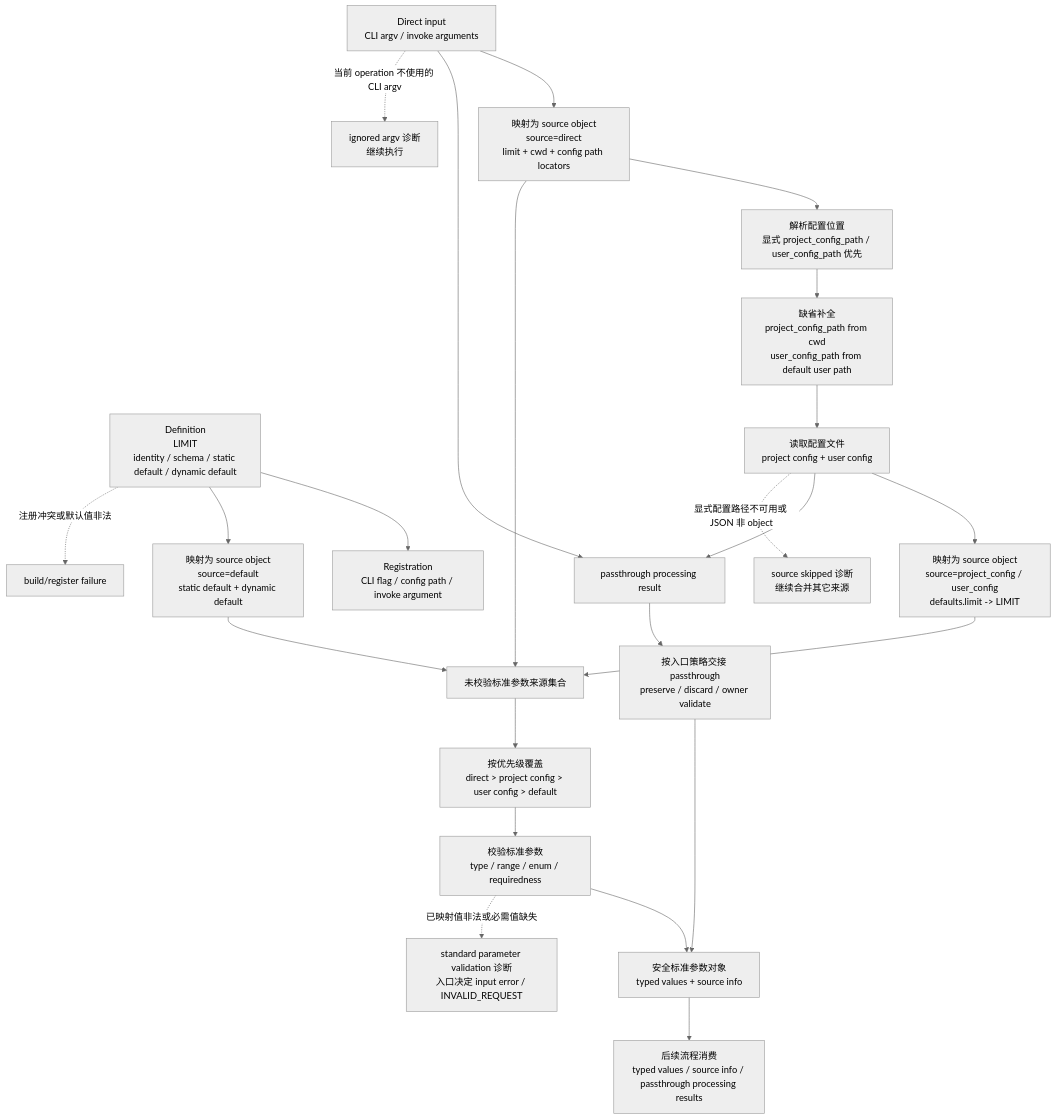
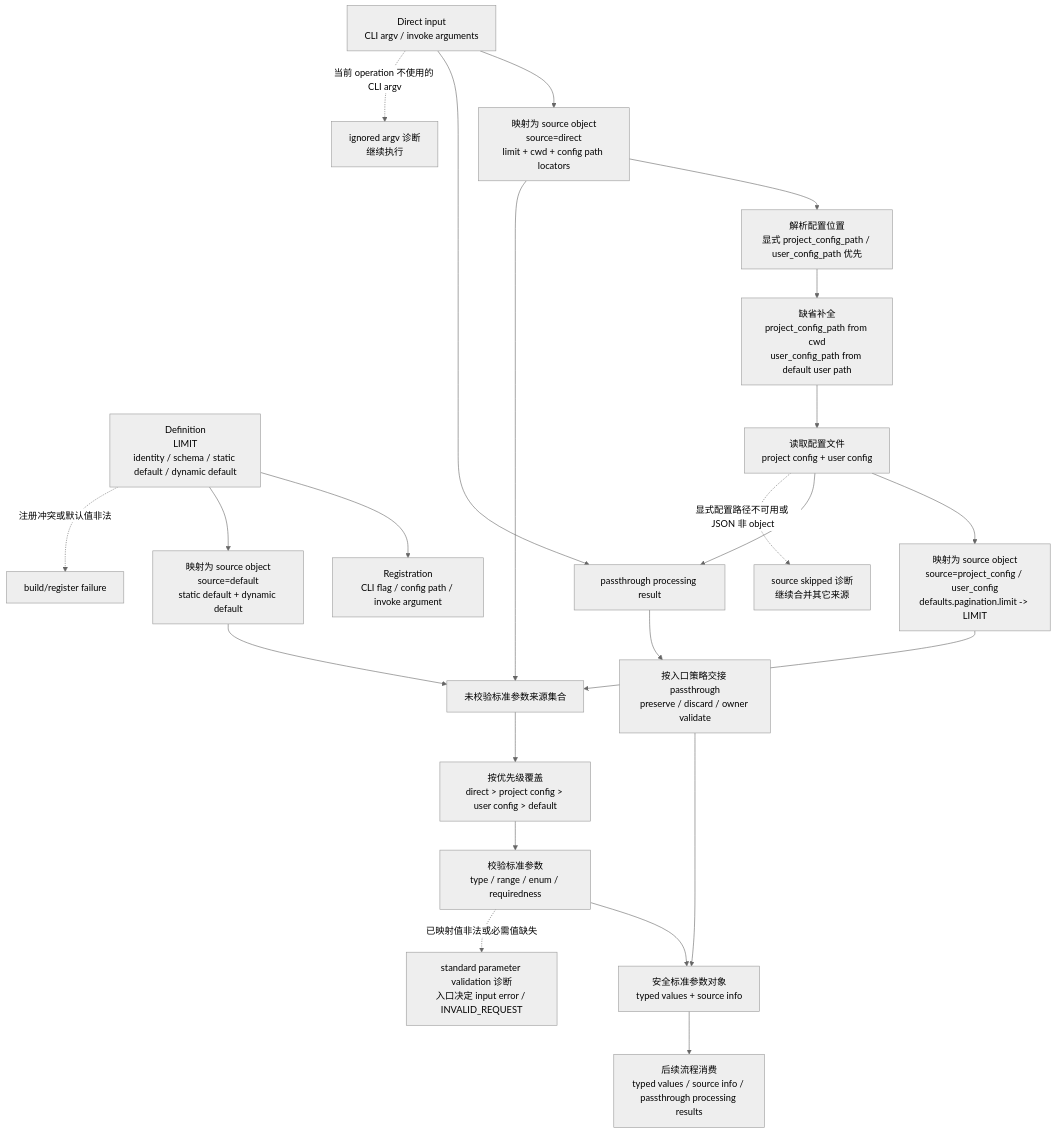
Before and after one commit to zxyycom/docnav: the diagram in docs/standard-parameters.md, drawn with Mermaid (neutral theme). The commit also changed other lines of this file and 43 other files, not shown here.

````diff
--- a/docs/standard-parameters.md
+++ b/docs/standard-parameters.md
@@ -34,31 +36,31 @@
 ```mermaid
 flowchart TD
   A["Definition<br/>LIMIT<br/>identity / schema / static default / dynamic default"] --> B["Registration<br/>CLI flag / config path / invoke argument"]
 
   C["Direct input<br/>CLI argv / invoke arguments"] --> D["映射为 source object<br/>source=direct<br/>limit + cwd + config path locators"]
   D --> E["解析配置位置<br/>显式 project_config_path / user_config_path 优先"]
   E --> F["缺省补全<br/>project_config_path from cwd<br/>user_config_path from default user path"]
   F --> G["读取配置文件<br/>project config + user config"]
-  G --> H["映射为 source object<br/>source=project_config / user_config<br/>defaults.limit -> LIMIT"]
+  G --> H["映射为 source object<br/>source=project_config / user_config<br/>defaults.pagination.limit -> LIMIT"]
 
   A --> I["映射为 source object<br/>source=default<br/>static default + dynamic default"]
 
   D --> J["未校验标准参数来源集合"]
   H --> J
   I --> J
   J --> K["按优先级覆盖<br/>direct > project config > user config > default"]
   K --> L["校验标准参数<br/>type / range / enum / requiredness"]
   L --> M["安全标准参数对象<br/>typed values + source info"]
 
   C --> N["passthrough processing result"]
   G --> N
   N --> O["按入口策略交接 passthrough<br/>preserve / discard / owner validate"]
   O --> M
 
   M --> P["后续流程消费<br/>typed values / source info / passthrough processing results"]
 
   A -. "注册冲突或默认值非法" .-> X1["build/register failure"]
   G -. "显式配置路径不可用或 JSON 非 object" .-> X2["source skipped 诊断<br/>继续合并其它来源"]
   C -. "当前 operation 不使用的 CLI argv" .-> X3["ignored argv 诊断<br/>继续执行"]
   L -. "已映射值非法或必需值缺失" .-> X4["standard parameter validation 诊断<br/>入口决定 input error / INVALID_REQUEST"]
 ```
````
